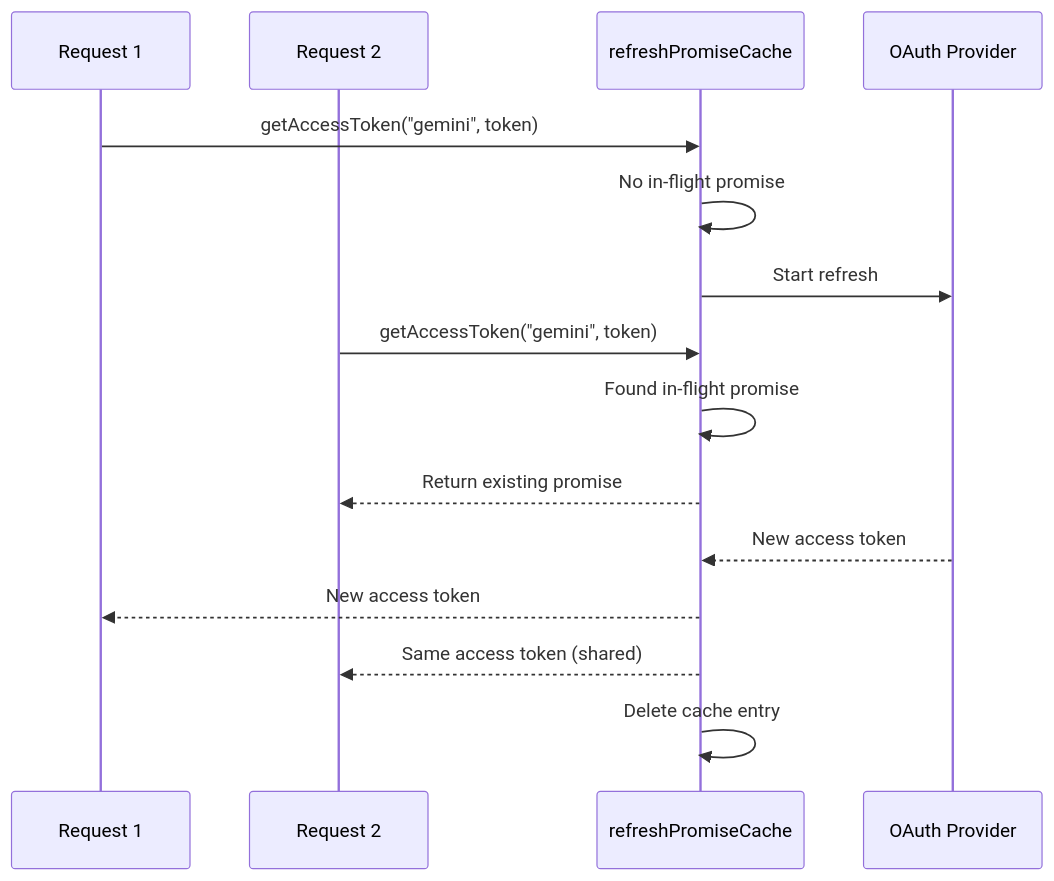
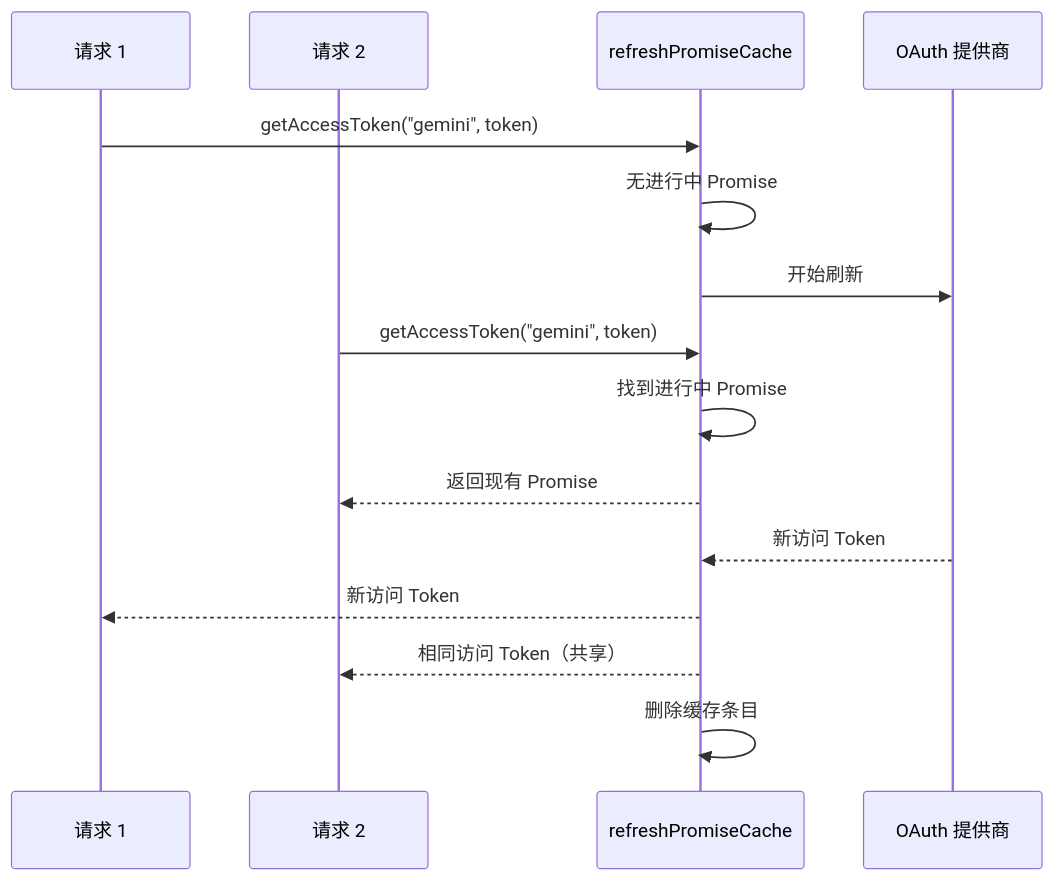
Before and after one commit to innotelinc/jesus: the fifth of 12 diagrams in apps/omniroute/docs/i18n/zh-CN/CODEBASE_DOCUMENTATION.md, drawn with Mermaid. The commit also changed other lines of this file and 14 other files, not shown here.

````diff
--- a/apps/omniroute/docs/i18n/zh-CN/CODEBASE_DOCUMENTATION.md
+++ b/apps/omniroute/docs/i18n/zh-CN/CODEBASE_DOCUMENTATION.md
@@ -288,18 +284,18 @@
 ```mermaid
 sequenceDiagram
-    participant R1 as Request 1
-    participant R2 as Request 2
+    participant R1 as 请求 1
+    participant R2 as 请求 2
     participant Cache as refreshPromiseCache
-    participant OAuth as OAuth Provider
+    participant OAuth as OAuth 提供商
 
     R1->>Cache: getAccessToken("gemini", token)
-    Cache->>Cache: No in-flight promise
-    Cache->>OAuth: Start refresh
+    Cache->>Cache: 无进行中 Promise
+    Cache->>OAuth: 开始刷新
     R2->>Cache: getAccessToken("gemini", token)
-    Cache->>Cache: Found in-flight promise
-    Cache-->>R2: Return existing promise
-    OAuth-->>Cache: New access token
-    Cache-->>R1: New access token
-    Cache-->>R2: Same access token (shared)
-    Cache->>Cache: Delete cache entry
+    Cache->>Cache: 找到进行中 Promise
+    Cache-->>R2: 返回现有 Promise
+    OAuth-->>Cache: 新访问 Token
+    Cache-->>R1: 新访问 Token
+    Cache-->>R2: 相同访问 Token（共享）
+    Cache->>Cache: 删除缓存条目
 ```
````
